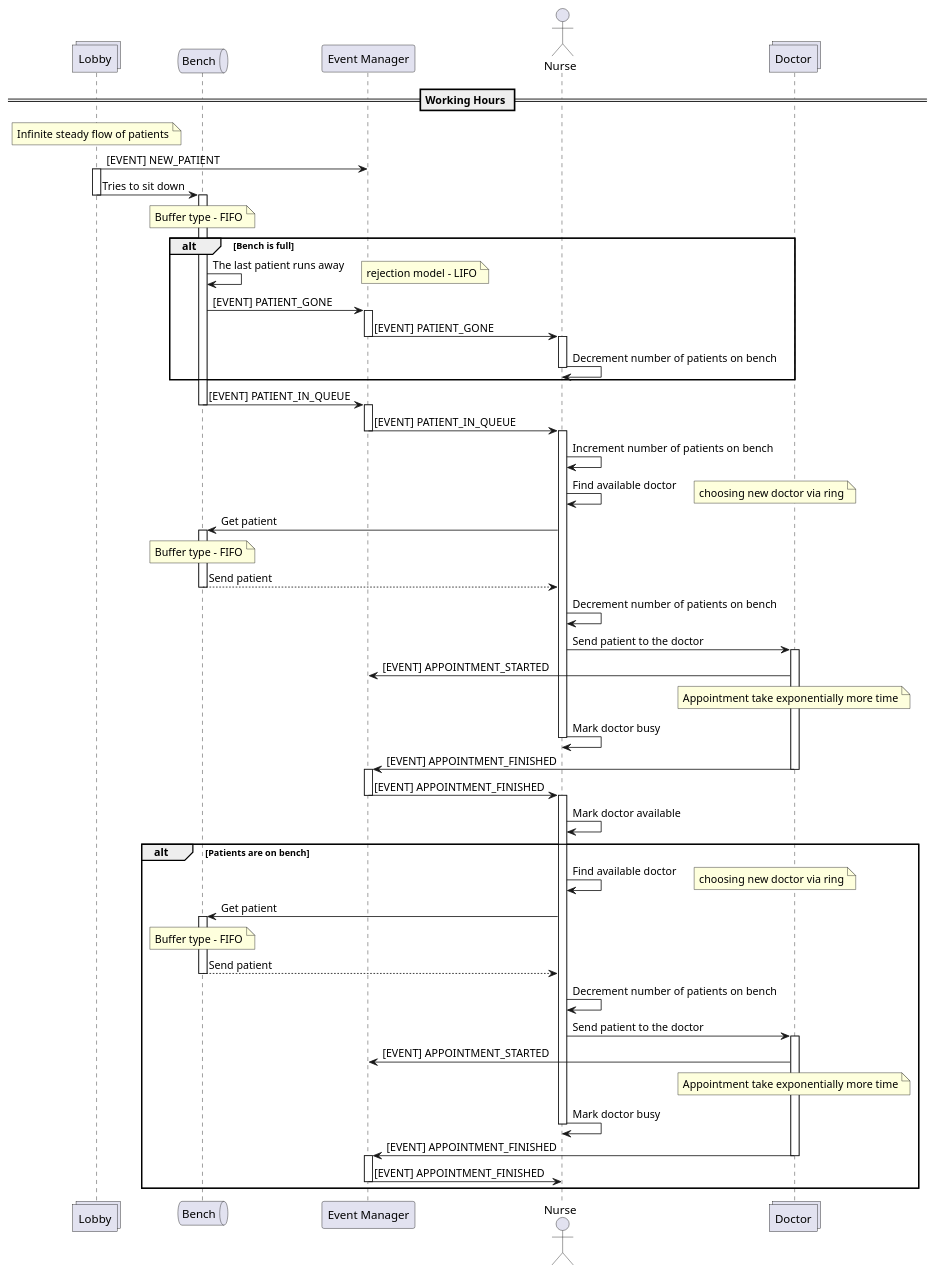
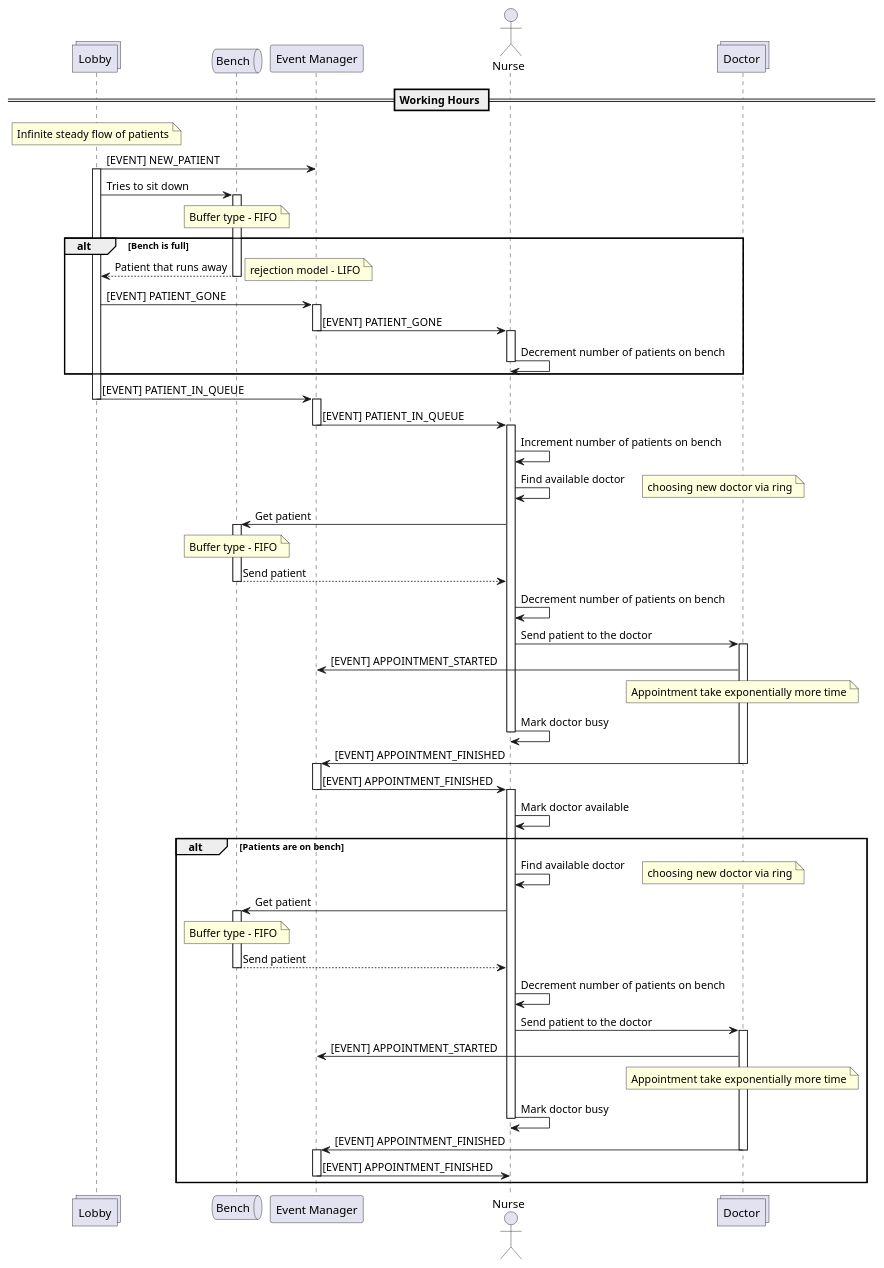
The diagram in arch/sequence.puml (Coding-Seal/arch-model), drawn with PlantUML before and after one commit. The commit also changed 9 other files, not shown here.

```diff
--- a/arch/sequence.puml
+++ b/arch/sequence.puml
@@ -1,93 +1,93 @@
 @startuml Sequence
 
 collections "Lobby" as lobby
 queue "Bench" as bench
 participant  "Event Manager" as eventManager
 actor "Nurse" as nurse
 collections "Doctor" as doctor
 
 
 == Working Hours ==
 
 note over lobby: Infinite steady flow of patients
 lobby -> eventManager : [EVENT] NEW_PATIENT
 activate lobby
 lobby -> bench : Tries to sit down
-deactivate lobby
 activate bench
 note over bench : Buffer type - FIFO
 
 alt Bench is full
-    bench -> bench : The last patient runs away
+    bench --> lobby : Patient that runs away
     note right : rejection model - LIFO
-    bench -> eventManager : [EVENT] PATIENT_GONE
+    deactivate bench
+    lobby -> eventManager : [EVENT] PATIENT_GONE
     activate eventManager
     eventManager -> nurse : [EVENT] PATIENT_GONE
     deactivate eventManager
     activate nurse
     nurse -> nurse : Decrement number of patients on bench
     deactivate nurse
 end
 
-bench -> eventManager : [EVENT] PATIENT_IN_QUEUE
-deactivate bench
+lobby -> eventManager : [EVENT] PATIENT_IN_QUEUE
+deactivate lobby
 
 activate eventManager
 eventManager -> nurse : [EVENT] PATIENT_IN_QUEUE
 deactivate eventManager
 
 activate nurse
 nurse -> nurse : Increment number of patients on bench
 nurse -> nurse : Find available doctor
 note right: choosing new doctor via ring
 
 nurse -> bench : Get patient
 activate bench
 note over bench : Buffer type - FIFO
 bench --> nurse : Send patient
 deactivate bench
 nurse -> nurse : Decrement number of patients on bench
 
 nurse -> doctor : Send patient to the doctor
 activate doctor
 doctor -> eventManager : [EVENT] APPOINTMENT_STARTED
 note over doctor: Appointment take exponentially more time
 nurse -> nurse : Mark doctor busy
 deactivate nurse
 
 doctor -> eventManager : [EVENT] APPOINTMENT_FINISHED
 deactivate doctor
 
 activate eventManager
 eventManager-> nurse : [EVENT] APPOINTMENT_FINISHED
 deactivate eventManager
 
 activate nurse
 nurse -> nurse : Mark doctor available
 
 alt Patients are on bench
     nurse -> nurse : Find available doctor
     note right: choosing new doctor via ring
 
     nurse -> bench : Get patient
     activate bench
     note over bench : Buffer type - FIFO
     bench --> nurse : Send patient
     deactivate bench
     nurse -> nurse : Decrement number of patients on bench
 
     nurse -> doctor : Send patient to the doctor
     activate doctor
     doctor -> eventManager : [EVENT] APPOINTMENT_STARTED
     note over doctor: Appointment take exponentially more time
     nurse -> nurse : Mark doctor busy
     deactivate nurse
 
     doctor -> eventManager : [EVENT] APPOINTMENT_FINISHED
     deactivate doctor
     activate eventManager
     eventManager-> nurse : [EVENT] APPOINTMENT_FINISHED
     deactivate eventManager
 end
 deactivate nurse
 @enduml
```
